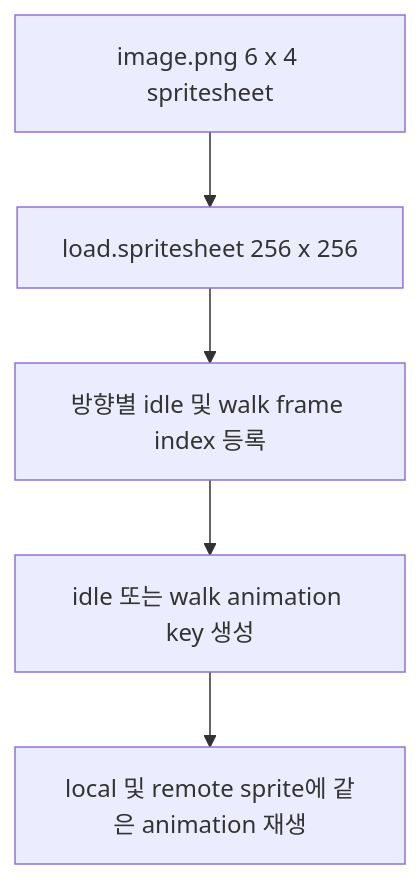
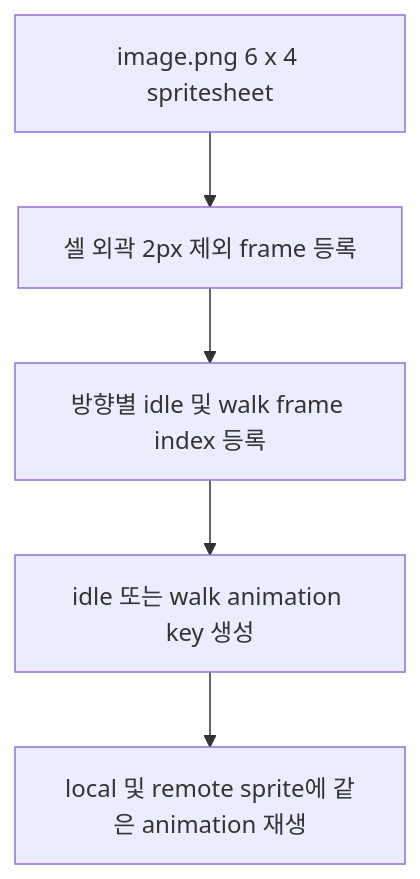
The first of 3 diagrams in docs/FEATURES/virtual-office/realtime-presence.md (LIKELION2026/LIKELION2026), drawn with Mermaid before and after one commit. The commit also changed other lines of this file and 3 other files, not shown here.

````diff
--- a/docs/FEATURES/virtual-office/realtime-presence.md
+++ b/docs/FEATURES/virtual-office/realtime-presence.md
@@ -19,7 +20,7 @@
 ```mermaid
 flowchart TD
-  A[image.png 6 x 4 spritesheet] --> B[load.spritesheet 256 x 256]
+  A[image.png 6 x 4 spritesheet] --> B[셀 외곽 2px 제외 frame 등록]
   B --> C[방향별 idle 및 walk frame index 등록]
   C --> D[idle 또는 walk animation key 생성]
   D --> E[local 및 remote sprite에 같은 animation 재생]
 ```
````
